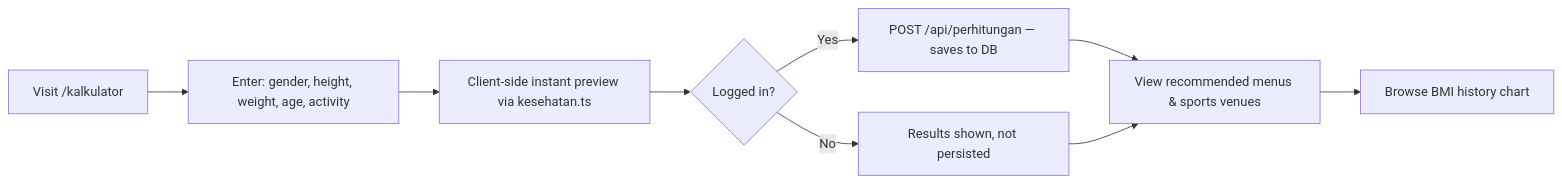
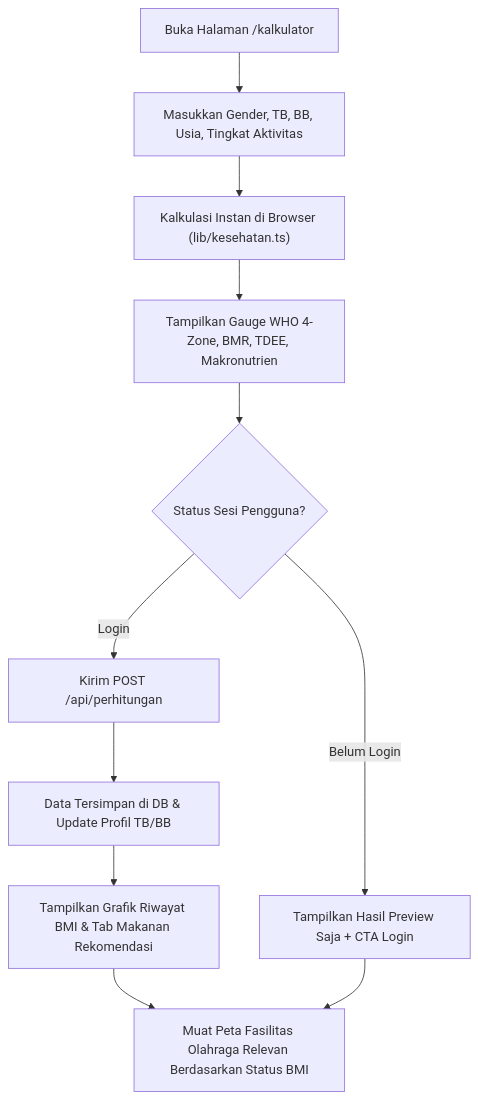
The first of 5 diagrams in docs/PRD.md (madsobirin/proyek_3), drawn with Mermaid before and after one commit. The commit also changed other lines of this file and 2 other files, not shown here.

Commit message:
after redesign darkmode/kalkulator-bmi

````diff
--- a/docs/PRD.md
+++ b/docs/PRD.md
@@ -123,11 +131,13 @@
 ```mermaid
-flowchart LR
-    A["Visit /kalkulator"] --> B["Enter: gender, height, weight, age, activity"]
-    B --> C["Client-side instant preview via kesehatan.ts"]
-    C --> D{"Logged in?"}
-    D -- Yes --> E["POST /api/perhitungan — saves to DB"]
-    D -- No --> F["Results shown, not persisted"]
-    E --> G["View recommended menus & sports venues"]
-    F --> G
-    G --> H["Browse BMI history chart"]
+flowchart TD
+    A["Buka Halaman /kalkulator"] --> B["Masukkan Gender, TB, BB, Usia, Tingkat Aktivitas"]
+    B --> C["Kalkulasi Instan di Browser (lib/kesehatan.ts)"]
+    C --> D["Tampilkan Gauge WHO 4-Zone, BMR, TDEE, Makronutrien"]
+    D --> E{"Status Sesi Pengguna?"}
+    E -- Login --> F["Kirim POST /api/perhitungan"]
+    F --> G["Data Tersimpan di DB & Update Profil TB/BB"]
+    G --> H["Tampilkan Grafik Riwayat BMI & Tab Makanan Rekomendasi"]
+    E -- Belum Login --> I["Tampilkan Hasil Preview Saja + CTA Login"]
+    H --> J["Muat Peta Fasilitas Olahraga Relevan Berdasarkan Status BMI"]
+    I --> J
 ```
````
